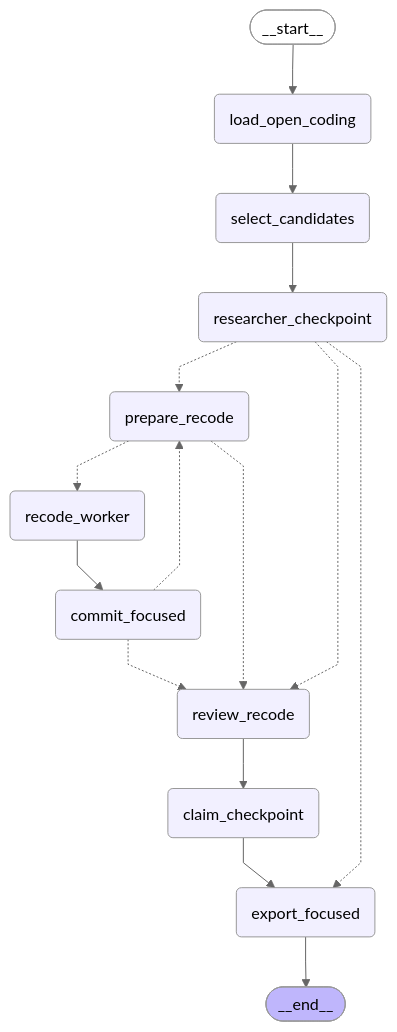
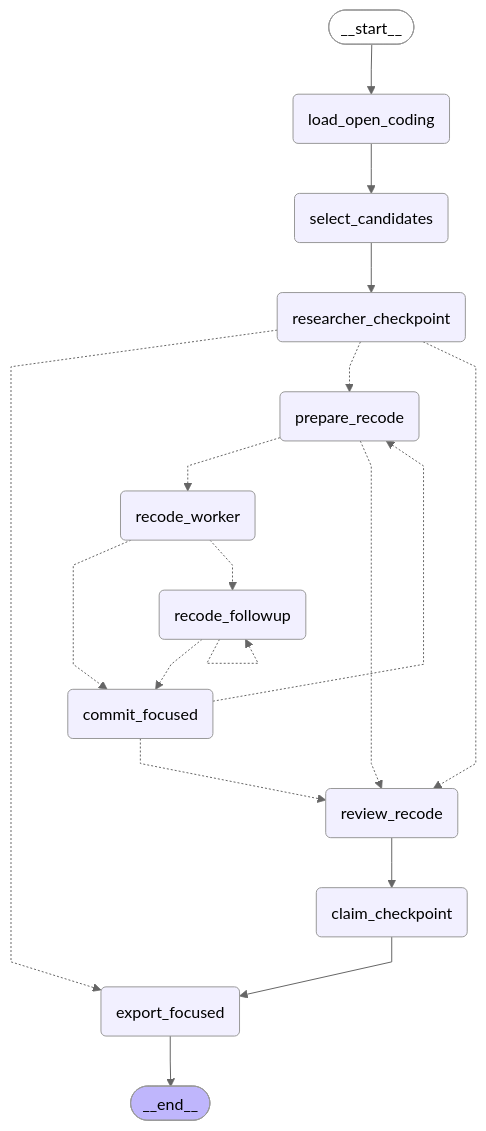
One commit to davidscassell/automated-grounded-theory changed the second of 5 diagrams in README.md. Above: the diagram before and after it, drawn with Mermaid (neutral theme). The commit also changed other lines of this file and 62 other files, not shown here.

````diff
--- a/README.md
+++ b/README.md
@@ -105,36 +105,40 @@
 ```mermaid
 ---
 config:
   flowchart:
     curve: linear
 ---
 graph TD;
 	__start__([<p>__start__</p>]):::first
 	load_open_coding(load_open_coding)
 	select_candidates(select_candidates)
 	researcher_checkpoint(researcher_checkpoint)
 	prepare_recode(prepare_recode)
 	recode_worker(recode_worker)
+	recode_followup(recode_followup)
 	commit_focused(commit_focused)
 	review_recode(review_recode)
 	claim_checkpoint(claim_checkpoint)
 	export_focused(export_focused)
 	__end__([<p>__end__</p>]):::last
 	__start__ --> load_open_coding;
 	claim_checkpoint --> export_focused;
 	commit_focused -.-> prepare_recode;
 	commit_focused -.-> review_recode;
 	load_open_coding --> select_candidates;
 	prepare_recode -.-> recode_worker;
 	prepare_recode -.-> review_recode;
-	recode_worker --> commit_focused;
+	recode_followup -.-> commit_focused;
+	recode_worker -.-> commit_focused;
+	recode_worker -.-> recode_followup;
 	researcher_checkpoint -.-> export_focused;
 	researcher_checkpoint -.-> prepare_recode;
 	researcher_checkpoint -.-> review_recode;
 	review_recode --> claim_checkpoint;
 	select_candidates --> researcher_checkpoint;
 	export_focused --> __end__;
+	recode_followup -.-> recode_followup;
 	classDef default fill:#f2f0ff,line-height:1.2
 	classDef first fill-opacity:0
 	classDef last fill:#bfb6fc
 ```
````
